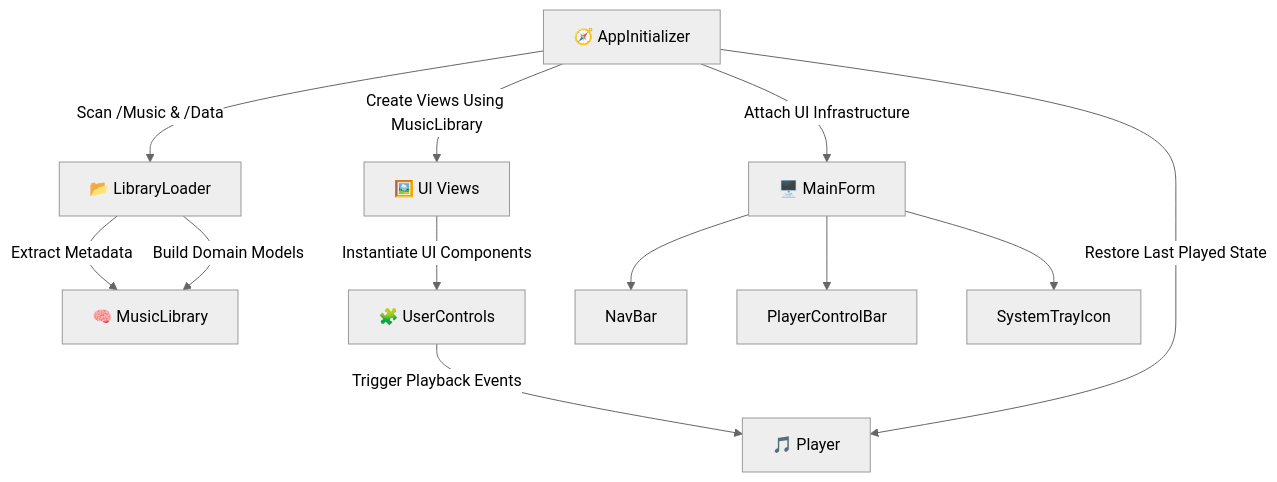
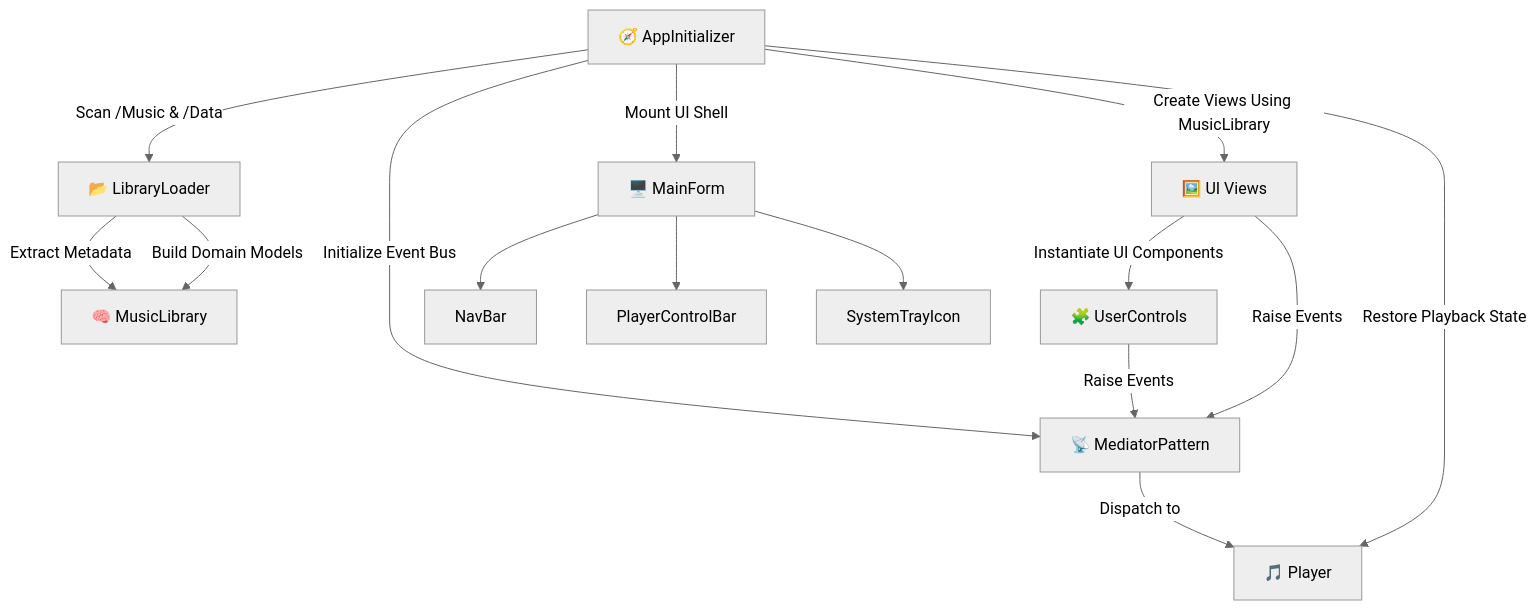
One commit to AlexPlec/Audio-256 changed the second of 2 diagrams in docs/components.md. Above: the diagram before and after it, drawn with Mermaid (neutral theme). The commit also changed other lines of this file and 2 other files, not shown here.

First line of the commit message:
Update architecture docs for MediatorPattern and UI flow

````diff
--- a/docs/components.md
+++ b/docs/components.md
@@ -131,14 +171,18 @@
 ```mermaid
 graph TD
     AppInitializer["🧭 AppInitializer"] -->|Scan /Music & /Data| LibraryLoader["📂 LibraryLoader"]
     LibraryLoader -->|Extract Metadata| MusicLibrary["🧠 MusicLibrary"]
     LibraryLoader -->|Build Domain Models| MusicLibrary
     AppInitializer -->|Create Views Using MusicLibrary| Views["🖼️ UI Views"]
+    AppInitializer -->|Initialize Event Bus| Mediator["📡 MediatorPattern"]
     Views -->|Instantiate UI Components| UserControls["🧩 UserControls"]
-    UserControls -->|Trigger Playback Events| Player["🎵 Player"]
-    AppInitializer -->|Restore Last Played State| Player
-    AppInitializer -->|Attach UI Infrastructure| MainForm["🖥️ MainForm"]
+    UserControls -->|Raise Events| Mediator
+    Views -->|Raise Events| Mediator
+    Mediator -->|Dispatch to| Player["🎵 Player"]
+    AppInitializer -->|Restore Playback State| Player
+    AppInitializer -->|Mount UI Shell| MainForm["🖥️ MainForm"]
     MainForm --> NavBar
     MainForm --> PlayerControlBar
     MainForm --> SystemTrayIcon
+
 ```
````
